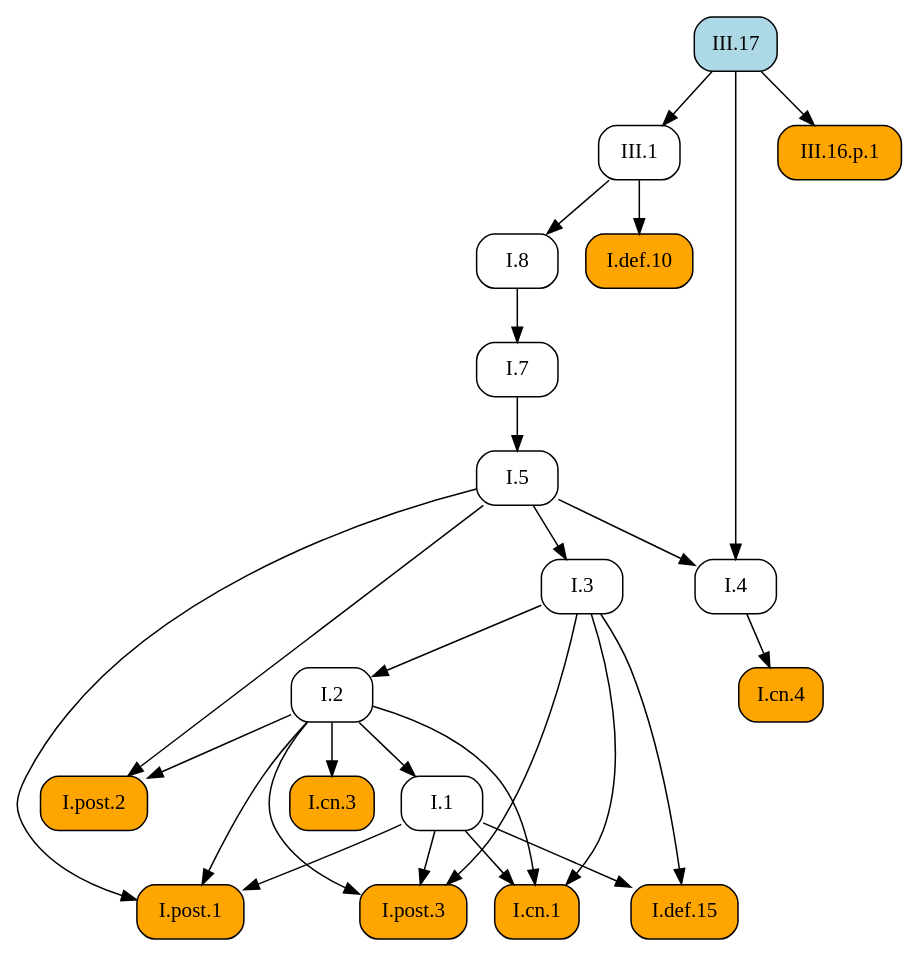
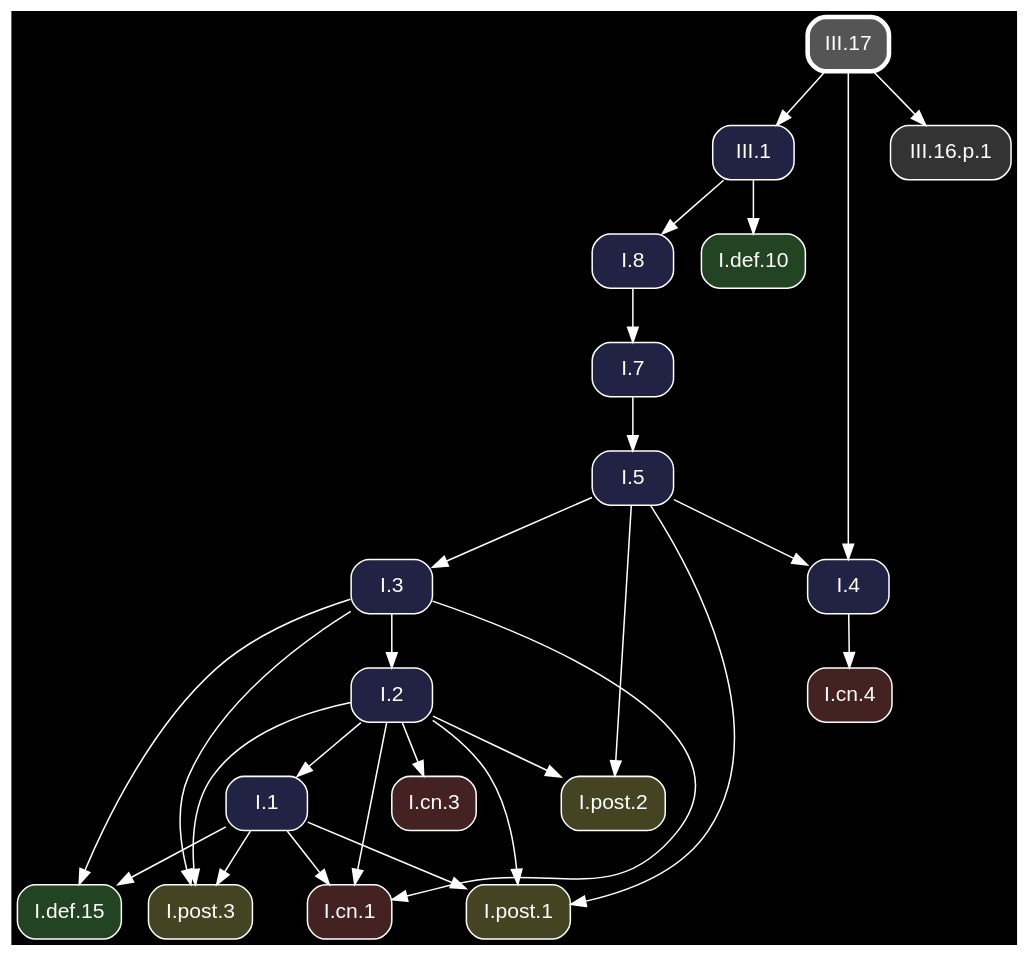
One commit to geometor/elements changed the diagram in docsrc/heath/III/17/index.rst. Above: the diagram before and after it, drawn with Graphviz. The commit also changed other lines of this file and 1200 other files, not shown here.

Commit message:
update dependency graphs

```diff
--- a/docsrc/heath/III/17/index.rst
+++ b/docsrc/heath/III/17/index.rst
@@ -63,50 +63,52 @@
 .. graphviz::
 
    digraph {
+     bgcolor="black";
+     node [shape=box, style="rounded,filled", fontname="Helvetica", color="white", fontcolor="white"];
+     edge [color="white", fontcolor="white"];
      rankdir="TB";
-     node [shape=box, style=rounded];
-     "I.cn.1" [style="rounded,filled", fillcolor=orange, URL="/heath/I/cn.1/", target="_top"];
-     "III.16.p.1" [style="rounded,filled", fillcolor=orange];
-     "I.7" [URL="/heath/I/7/", target="_top"];
-     "I.2" [URL="/heath/I/2/", target="_top"];
-     "I.def.15" [style="rounded,filled", fillcolor=orange, URL="/heath/I/def.15/", target="_top"];
-     "I.4" [URL="/heath/I/4/", target="_top"];
-     "I.1" [URL="/heath/I/1/", target="_top"];
-     "I.5" [URL="/heath/I/5/", target="_top"];
-     "III.1" [URL="/heath/III/1/", target="_top"];
-     "I.8" [URL="/heath/I/8/", target="_top"];
-     "I.post.1" [style="rounded,filled", fillcolor=orange, URL="/heath/I/post.1/", target="_top"];
-     "I.post.3" [style="rounded,filled", fillcolor=orange, URL="/heath/I/post.3/", target="_top"];
-     "I.cn.3" [style="rounded,filled", fillcolor=orange, URL="/heath/I/cn.3/", target="_top"];
-     "I.def.10" [style="rounded,filled", fillcolor=orange, URL="/heath/I/def.10/", target="_top"];
-     "I.cn.4" [style="rounded,filled", fillcolor=orange, URL="/heath/I/cn.4/", target="_top"];
-     "I.post.2" [style="rounded,filled", fillcolor=orange, URL="/heath/I/post.2/", target="_top"];
-     "III.17" [style="rounded,filled", fillcolor=lightblue, URL="/heath/III/17/", target="_top"];
-     "I.3" [URL="/heath/I/3/", target="_top"];
+     "I.3" [fillcolor="#222244", URL="/heath/I/3/", target="_top"];
+     "I.post.1" [fillcolor="#444422", URL="/heath/I/post.1/", target="_top"];
+     "I.cn.1" [fillcolor="#442222", URL="/heath/I/cn.1/", target="_top"];
+     "I.def.10" [fillcolor="#224422", URL="/heath/I/def.10/", target="_top"];
+     "I.cn.3" [fillcolor="#442222", URL="/heath/I/cn.3/", target="_top"];
+     "III.17" [penwidth=3, color="white", fillcolor="#555555", URL="/heath/III/17/", target="_top"];
+     "I.post.2" [fillcolor="#444422", URL="/heath/I/post.2/", target="_top"];
+     "I.2" [fillcolor="#222244", URL="/heath/I/2/", target="_top"];
+     "III.1" [fillcolor="#222244", URL="/heath/III/1/", target="_top"];
+     "I.cn.4" [fillcolor="#442222", URL="/heath/I/cn.4/", target="_top"];
+     "I.1" [fillcolor="#222244", URL="/heath/I/1/", target="_top"];
+     "I.8" [fillcolor="#222244", URL="/heath/I/8/", target="_top"];
+     "I.4" [fillcolor="#222244", URL="/heath/I/4/", target="_top"];
+     "I.post.3" [fillcolor="#444422", URL="/heath/I/post.3/", target="_top"];
+     "I.7" [fillcolor="#222244", URL="/heath/I/7/", target="_top"];
+     "I.def.15" [fillcolor="#224422", URL="/heath/I/def.15/", target="_top"];
+     "I.5" [fillcolor="#222244", URL="/heath/I/5/", target="_top"];
+     "III.16.p.1" [fillcolor="#333333"];
+     "I.5" -> "I.3";
+     "I.1" -> "I.post.1";
+     "I.2" -> "I.post.1";
+     "I.5" -> "I.post.1";
      "I.1" -> "I.cn.1";
      "I.2" -> "I.cn.1";
      "I.3" -> "I.cn.1";
-     "III.17" -> "III.16.p.1";
-     "I.8" -> "I.7";
+     "III.1" -> "I.def.10";
+     "I.2" -> "I.cn.3";
+     "I.2" -> "I.post.2";
+     "I.5" -> "I.post.2";
      "I.3" -> "I.2";
-     "I.1" -> "I.def.15";
-     "I.3" -> "I.def.15";
+     "III.17" -> "III.1";
+     "I.4" -> "I.cn.4";
+     "I.2" -> "I.1";
+     "III.1" -> "I.8";
      "I.5" -> "I.4";
      "III.17" -> "I.4";
-     "I.2" -> "I.1";
-     "I.7" -> "I.5";
-     "III.17" -> "III.1";
-     "III.1" -> "I.8";
-     "I.1" -> "I.post.1";
-     "I.2" -> "I.post.1";
-     "I.5" -> "I.post.1";
      "I.1" -> "I.post.3";
      "I.2" -> "I.post.3";
      "I.3" -> "I.post.3";
-     "I.2" -> "I.cn.3";
-     "III.1" -> "I.def.10";
-     "I.4" -> "I.cn.4";
-     "I.2" -> "I.post.2";
-     "I.5" -> "I.post.2";
-     "I.5" -> "I.3";
+     "I.8" -> "I.7";
+     "I.1" -> "I.def.15";
+     "I.3" -> "I.def.15";
+     "I.7" -> "I.5";
+     "III.17" -> "III.16.p.1";
    }
```
